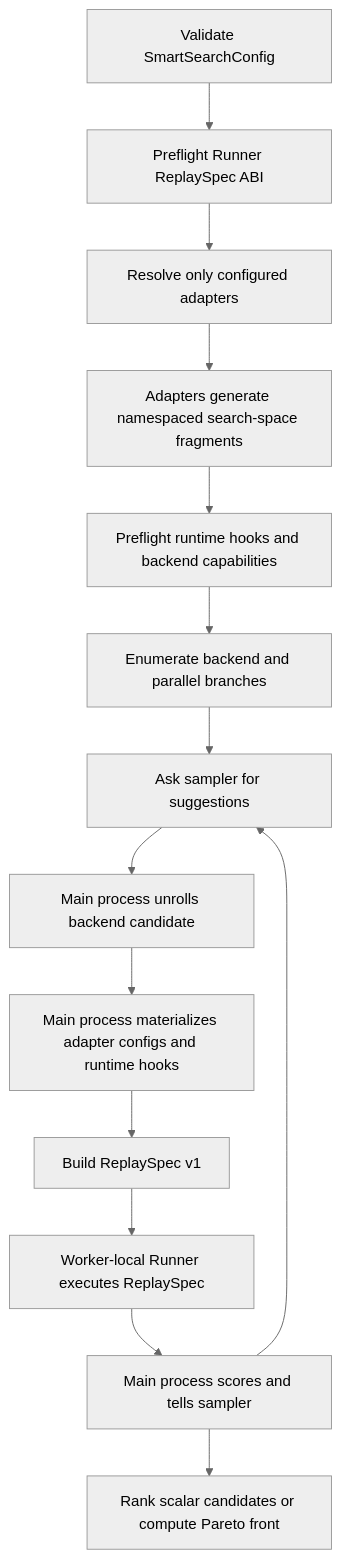
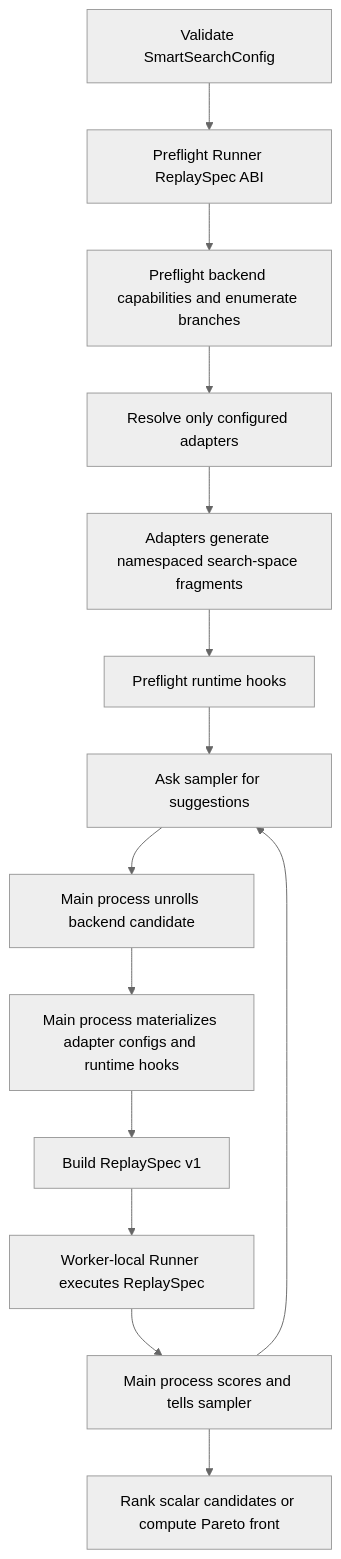
One commit to ai-dynamo/dynamo changed the diagram in docs/fern/pages/developer-guide/knowledge-base/modular-components/ai-simulate-experimental/spica-experimental/search-flow.md. Above: the diagram before and after it, drawn with Mermaid (neutral theme). The commit also changed other lines of this file and 21 other files, not shown here.

````diff
--- a/docs/fern/pages/developer-guide/knowledge-base/modular-components/ai-simulate-experimental/spica-experimental/search-flow.md
+++ b/docs/fern/pages/developer-guide/knowledge-base/modular-components/ai-simulate-experimental/spica-experimental/search-flow.md
@@ -30,16 +30,16 @@
 ```mermaid
 flowchart TD
     A["Validate SmartSearchConfig"] --> B["Preflight Runner ReplaySpec ABI"]
-    B --> C["Resolve only configured adapters"]
-    C --> D["Adapters generate namespaced search-space fragments"]
-    D --> E["Preflight runtime hooks and backend capabilities"]
-    E --> F["Enumerate backend and parallel branches"]
+    B --> C["Preflight backend capabilities and enumerate branches"]
+    C --> D["Resolve only configured adapters"]
+    D --> E["Adapters generate namespaced search-space fragments"]
+    E --> F["Preflight runtime hooks"]
     F --> G["Ask sampler for suggestions"]
     G --> H["Main process unrolls backend candidate"]
     H --> I["Main process materializes adapter configs and runtime hooks"]
     I --> J["Build ReplaySpec v1"]
     J --> K["Worker-local Runner executes ReplaySpec"]
     K --> L["Main process scores and tells sampler"]
     L --> G
     L --> M["Rank scalar candidates or compute Pareto front"]
 ```
````
